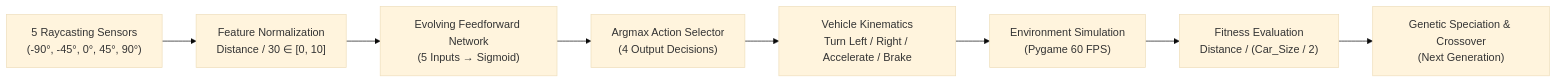
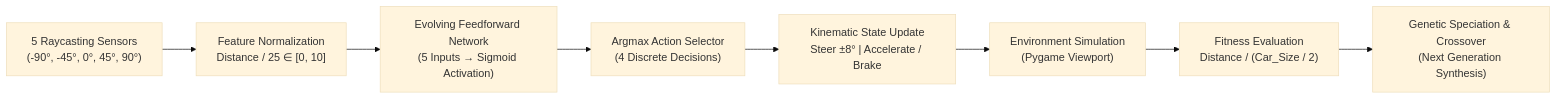
The diagram in 1.Self_driving_AI_game/README.md (iam-dev-Adarsh/python-ai-projects), drawn with Mermaid (base theme) before and after one commit. The commit also changed other lines of this file, not shown here.

````diff
--- a/1.Self_driving_AI_game/README.md
+++ b/1.Self_driving_AI_game/README.md
@@ -23,10 +39,10 @@
 ```mermaid
 flowchart LR
-    A["5 Raycasting Sensors<br>(-90°, -45°, 0°, 45°, 90°)"] --> B["Feature Normalization<br>Distance / 30 ∈ [0, 10]"]
-    B --> C["Evolving Feedforward Network<br>(5 Inputs → Sigmoid)"]
-    C --> D["Argmax Action Selector<br>(4 Output Decisions)"]
-    D --> E["Vehicle Kinematics<br>Turn Left / Right / Accelerate / Brake"]
-    E --> F["Environment Simulation<br>(Pygame 60 FPS)"]
+    A["5 Raycasting Sensors<br>(-90°, -45°, 0°, 45°, 90°)"] --> B["Feature Normalization<br>Distance / 25 ∈ [0, 10]"]
+    B --> C["Evolving Feedforward Network<br>(5 Inputs → Sigmoid Activation)"]
+    C --> D["Argmax Action Selector<br>(4 Discrete Decisions)"]
+    D --> E["Kinematic State Update<br>Steer ±8° | Accelerate / Brake"]
+    E --> F["Environment Simulation<br>(Pygame Viewport)"]
     F --> G["Fitness Evaluation<br>Distance / (Car_Size / 2)"]
-    G --> H["Genetic Speciation & Crossover<br>(Next Generation)"]
+    G --> H["Genetic Speciation & Crossover<br>(Next Generation Synthesis)"]
 ```
````
